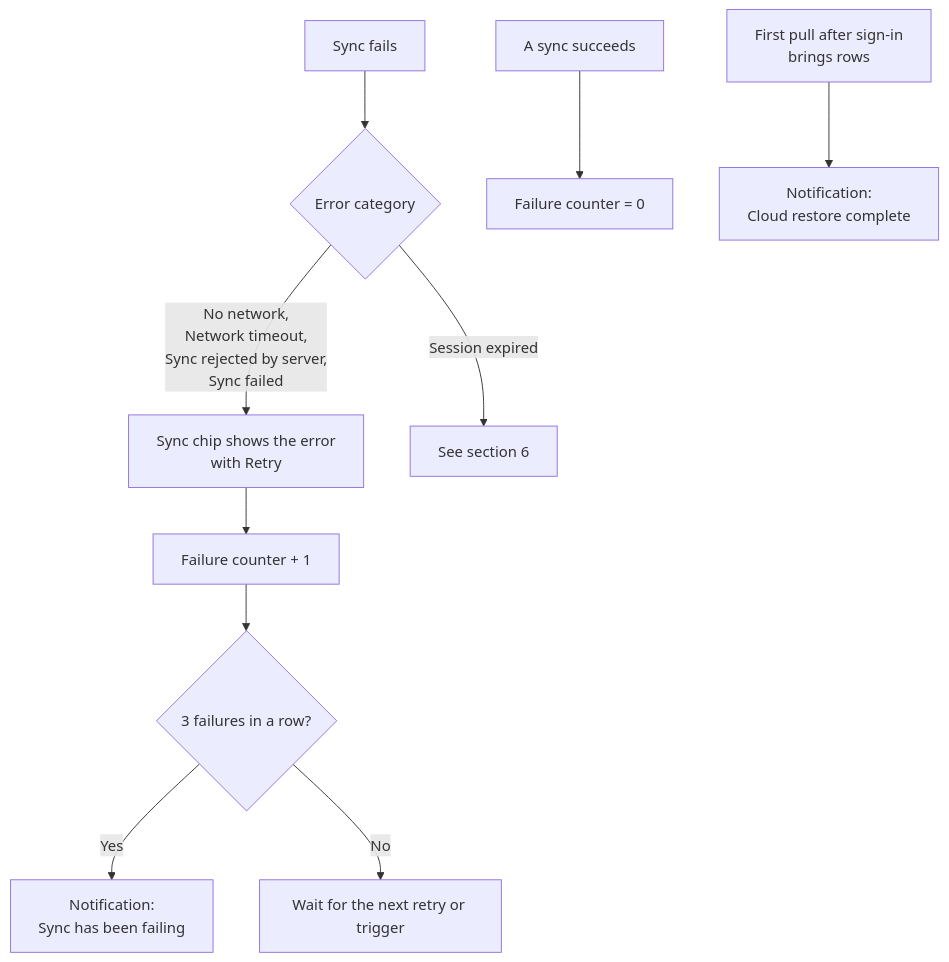
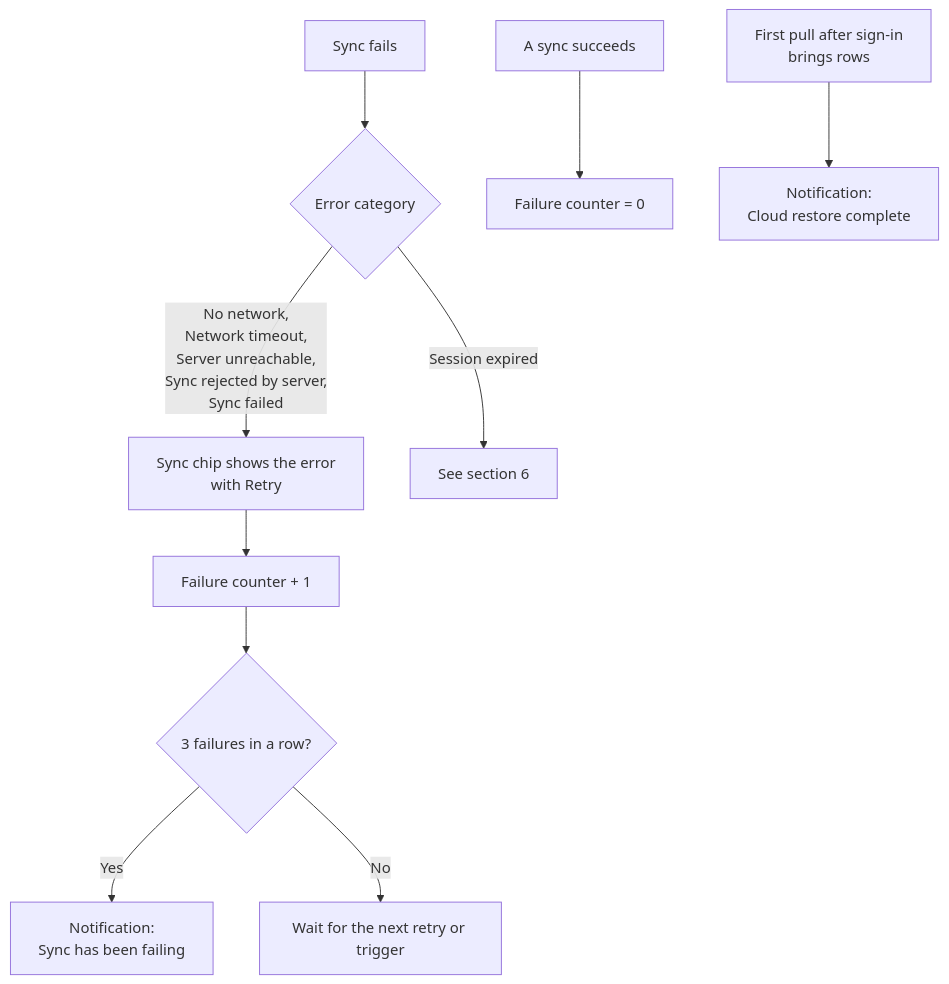
The eighth of 11 diagrams in docs/sync-flow.md (jokot/habit-tracker), drawn with Mermaid before and after one commit. The commit also changed other lines of this file and 8 other files, not shown here.

````diff
--- a/docs/sync-flow.md
+++ b/docs/sync-flow.md
@@ -248,12 +248,12 @@
 ```mermaid
 flowchart TD
     FAIL["Sync fails"] --> CAT{"Error category"}
-    CAT -- "No network,<br/>Network timeout,<br/>Sync rejected by server,<br/>Sync failed" --> CHIP["Sync chip shows the error<br/>with Retry"]
+    CAT -- "No network,<br/>Network timeout,<br/>Server unreachable,<br/>Sync rejected by server,<br/>Sync failed" --> CHIP["Sync chip shows the error<br/>with Retry"]
     CHIP --> COUNT["Failure counter + 1"]
     COUNT --> THREE{"3 failures in a row?"}
     THREE -- "Yes" --> NOTIF["Notification:<br/>Sync has been failing"]
     THREE -- "No" --> WAIT["Wait for the next retry or trigger"]
     CAT -- "Session expired" --> SESSION["See section 6"]
     OK["A sync succeeds"] --> RESET["Failure counter = 0"]
     FIRST["First pull after sign-in<br/>brings rows"] --> RESTORE["Notification:<br/>Cloud restore complete"]
 ```
````
